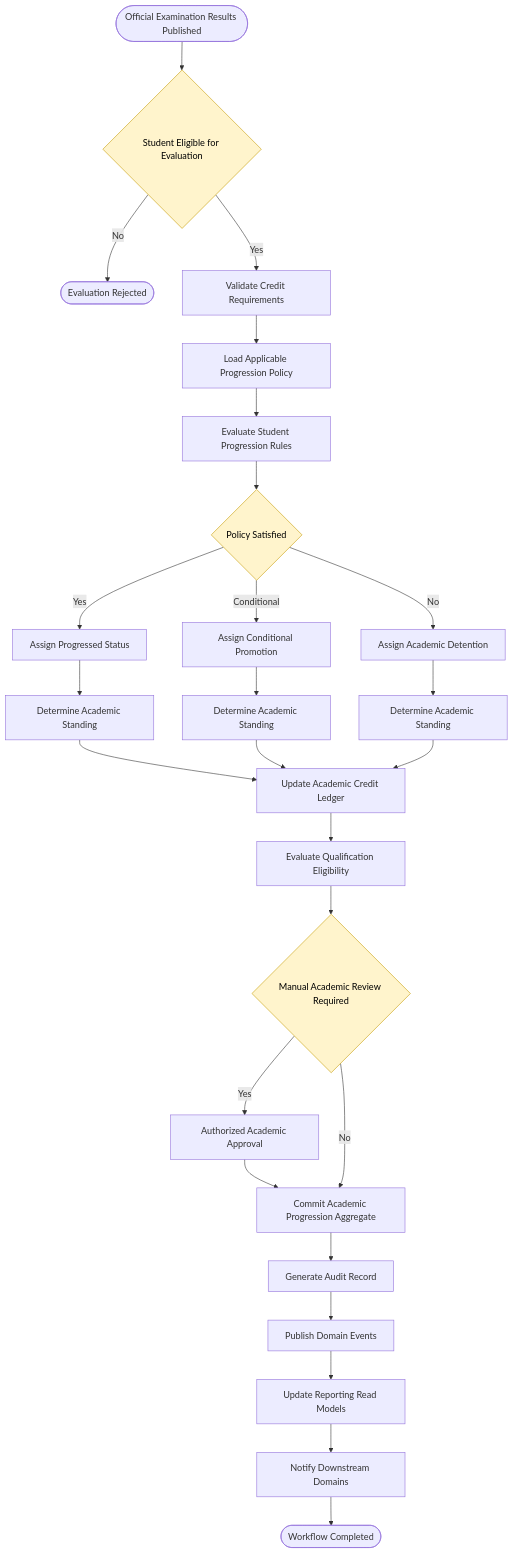
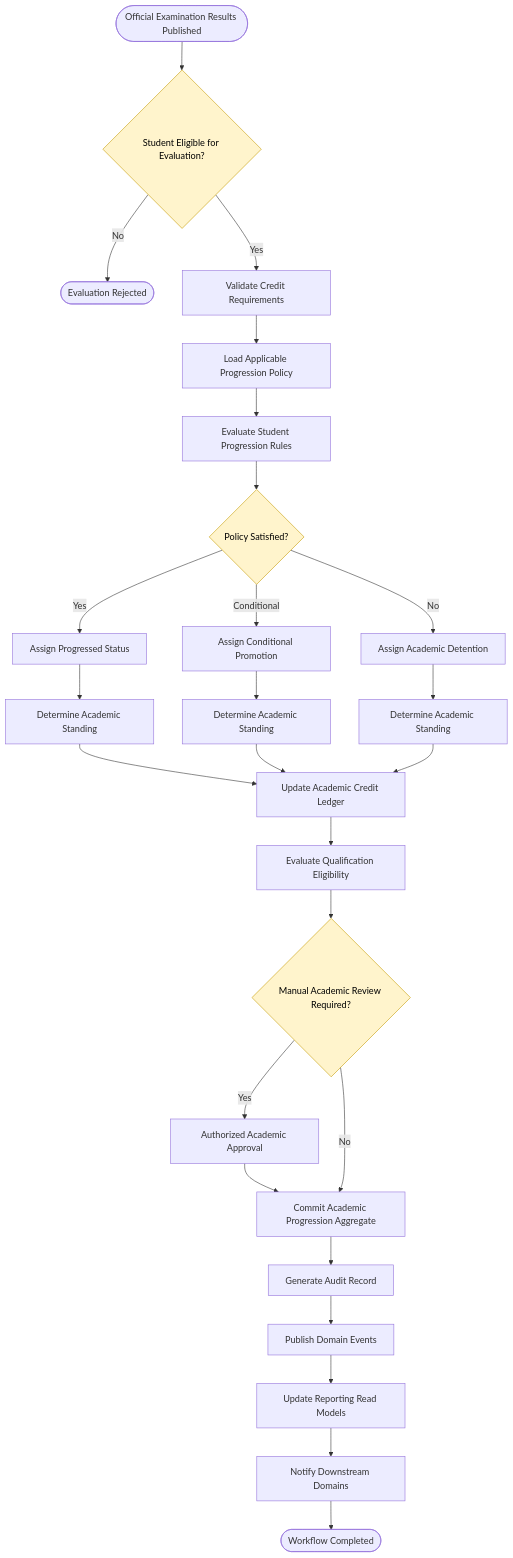
One commit to Varad1604/ERP_hark changed the fourth of 13 diagrams in architecture/L2_Domain_Workflow_Architecture/section-c/L2-C04_Student_Academic_Progression_Workflows.md. Above: the diagram before and after it, drawn with Mermaid. The commit also changed other lines of this file and 39 other files, not shown here.

```diff
--- a/architecture/L2_Domain_Workflow_Architecture/section-c/L2-C04_Student_Academic_Progression_Workflows.md
+++ b/architecture/L2_Domain_Workflow_Architecture/section-c/L2-C04_Student_Academic_Progression_Workflows.md
@@ -5250,7 +5249,7 @@
 
 START([Official Examination Results Published])
 
-START --> ELIGIBLE{Student Eligible for Evaluation}
+START --> ELIGIBLE{Student Eligible for Evaluation?}
 
 ELIGIBLE -->|No| END1([Evaluation Rejected])
 
@@ -5266,7 +5265,7 @@
 
 POLICY --> RULES[Evaluate Student Progression Rules]
 
-RULES --> DECISION{Policy Satisfied}
+RULES --> DECISION{Policy Satisfied?}
 
 %% =====================================================
 %% DECISION PATHS
@@ -5314,7 +5313,7 @@
 
 LEDGER --> QUALIFICATION[Evaluate Qualification Eligibility]
 
-QUALIFICATION --> MANUAL{Manual Academic Review Required}
+QUALIFICATION --> MANUAL{Manual Academic Review Required?}
 
 %% =====================================================
 %% MANUAL REVIEW
```
